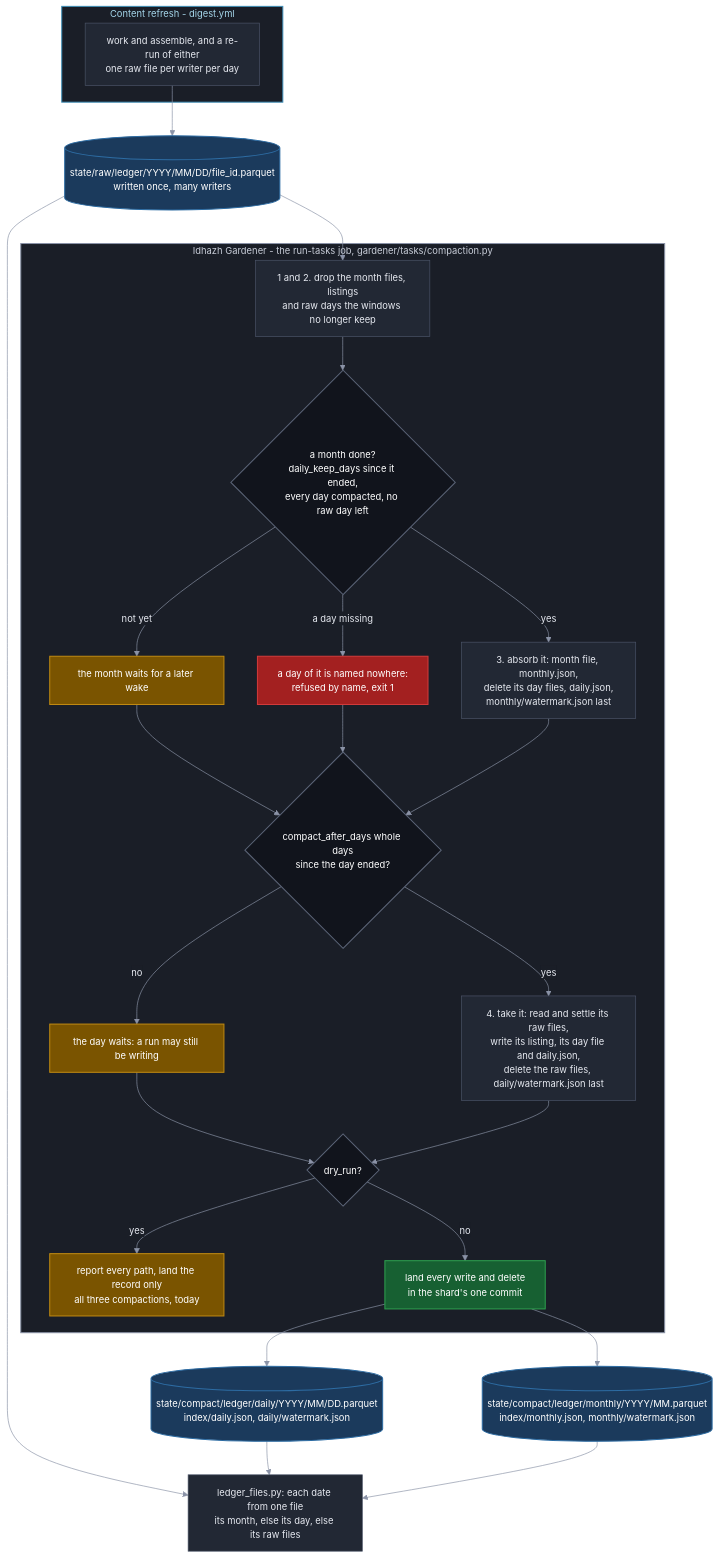
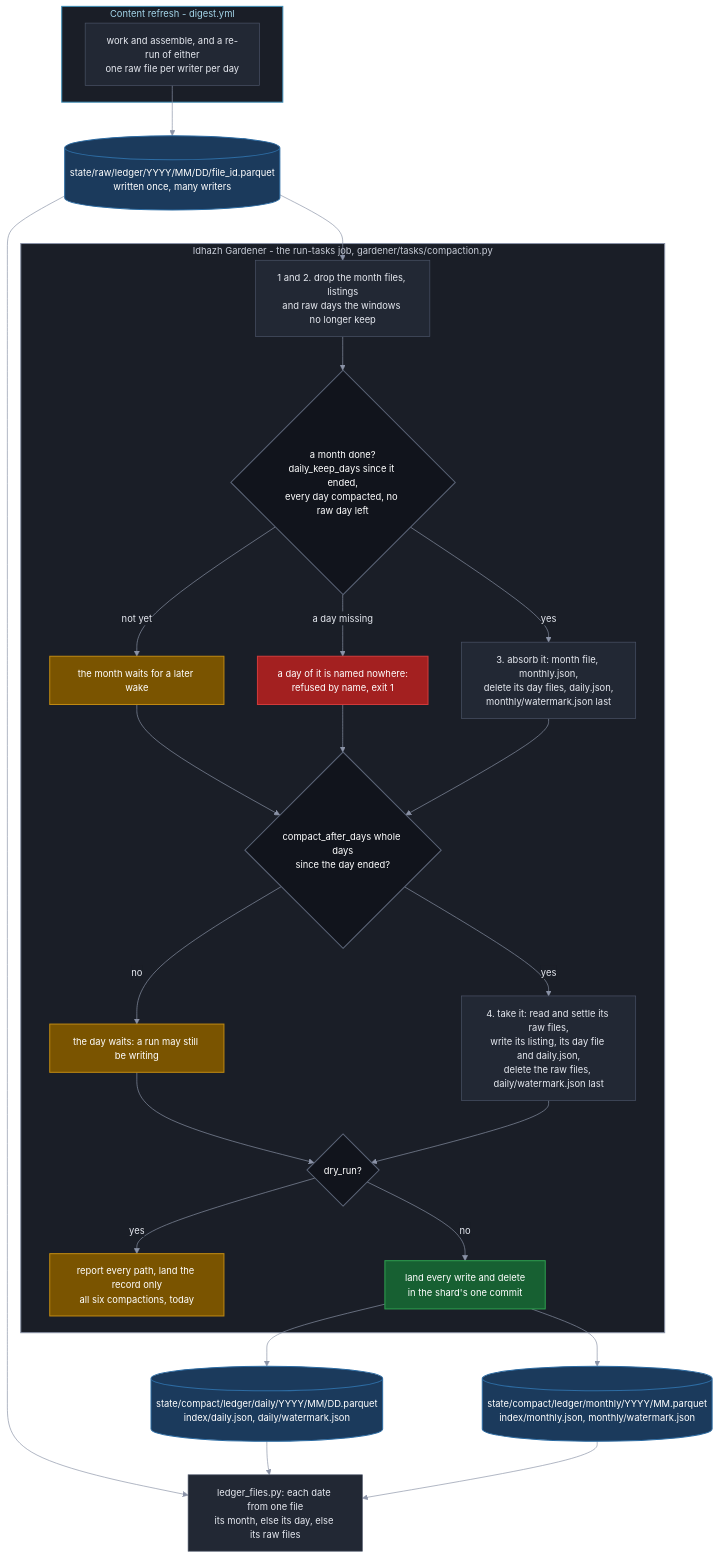
The second of 2 diagrams in docs/architecture/publishing/idhazh-gardener.md (miztiik/yen-idhazh), drawn with Mermaid before and after one commit. The commit also changed other lines of this file and 32 other files, not shown here.

````diff
--- a/docs/architecture/publishing/idhazh-gardener.md
+++ b/docs/architecture/publishing/idhazh-gardener.md
@@ -346,66 +352,66 @@
 ```mermaid
 %%{init: {"theme": "base", "themeVariables": {"background": "#0f1117", "primaryColor": "#222834", "primaryTextColor": "#e6e9f0", "primaryBorderColor": "#4b5468", "lineColor": "#8b93a7", "textColor": "#e6e9f0", "clusterBkg": "#1a1e27", "clusterBorder": "#3a4254", "titleColor": "#e6e9f0", "edgeLabelBackground": "#1a1e27", "fontSize": "14px"}}}%%
 flowchart TB
   subgraph REFRESH["Content refresh - digest.yml"]
     W["work and assemble, and a re-run of either<br/>one raw file per writer per day"]
   end
 
   RAWF[("state/raw/ledger/YYYY/MM/DD/file_id.parquet<br/>written once, many writers")]
 
   subgraph GARDEN["Idhazh Gardener - the run-tasks job, gardener/tasks/compaction.py"]
     DROP["1 and 2. drop the month files, listings<br/>and raw days the windows no longer keep"]
     MDONE{"a month done?<br/>daily_keep_days since it ended,<br/>every day compacted, no raw day left"}
     MWAIT["the month waits for a later wake"]
     MHOLE["a day of it is named nowhere:<br/>refused by name, exit 1"]
     ABSORB["3. absorb it: month file, monthly.json,<br/>delete its day files, daily.json,<br/>monthly/watermark.json last"]
     DDUE{"compact_after_days whole days<br/>since the day ended?"}
     DHOLD["the day waits: a run may still be writing"]
     TAKE["4. take it: read and settle its raw files,<br/>write its listing, its day file and daily.json,<br/>delete the raw files, daily/watermark.json last"]
     DRY{"dry_run?"}
-    REPORT["report every path, land the record only<br/>all three compactions, today"]
+    REPORT["report every path, land the record only<br/>all six compactions, today"]
     LAND["land every write and delete<br/>in the shard's one commit"]
   end
 
   DAILY[("state/compact/ledger/daily/YYYY/MM/DD.parquet<br/>index/daily.json, daily/watermark.json")]
   MONTHLY[("state/compact/ledger/monthly/YYYY/MM.parquet<br/>index/monthly.json, monthly/watermark.json")]
   READER["ledger_files.py: each date from one file<br/>its month, else its day, else its raw files"]
 
   W --> RAWF
   RAWF --> DROP
   DROP --> MDONE
   MDONE -->|"not yet"| MWAIT
   MDONE -->|"a day missing"| MHOLE
   MDONE -->|"yes"| ABSORB
   MWAIT --> DDUE
   MHOLE --> DDUE
   ABSORB --> DDUE
   DDUE -->|"no"| DHOLD
   DDUE -->|"yes"| TAKE
   DHOLD --> DRY
   TAKE --> DRY
   DRY -->|"yes"| REPORT
   DRY -->|"no"| LAND
   LAND --> DAILY
   LAND --> MONTHLY
   RAWF --> READER
   DAILY --> READER
   MONTHLY --> READER
 
   classDef stage fill:#222834,stroke:#4b5468,stroke-width:1px,color:#e6e9f0;
   classDef decision fill:#11141c,stroke:#5b6477,stroke-width:1.5px,color:#ffffff;
   classDef yes fill:#176032,stroke:#2ea04f,stroke-width:1.5px,color:#ffffff;
   classDef no fill:#a32020,stroke:#d23b3b,stroke-width:1.5px,color:#ffffff;
   classDef warn fill:#7a5400,stroke:#c08a12,stroke-width:1.5px,color:#ffffff;
   classDef ledger fill:#1b3a5c,stroke:#2d6ca3,stroke-width:1.5px,color:#ffffff;
   classDef sysOps fill:#1a1e27,stroke:#8b93a7,stroke-width:1.5px,color:#c8cdd8;
   classDef sysPublish fill:#1a1e27,stroke:#3f8fb8,stroke-width:1.5px,color:#a5d6ea;
 
   class W,DROP,ABSORB,TAKE,READER stage;
   class MDONE,DDUE,DRY decision;
   class LAND yes;
   class MHOLE no;
   class MWAIT,DHOLD,REPORT warn;
   class RAWF,DAILY,MONTHLY ledger;
   class REFRESH sysPublish;
   class GARDEN sysOps;
 ```
````
